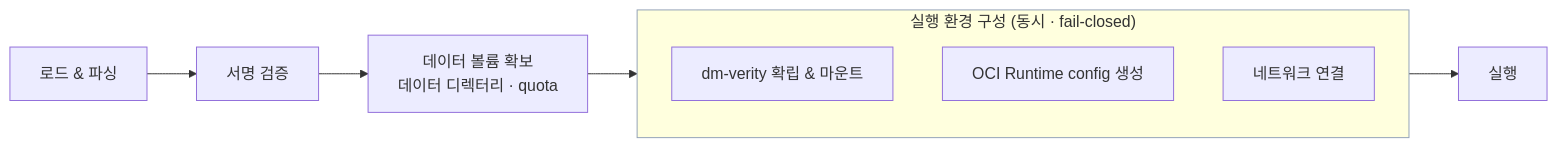
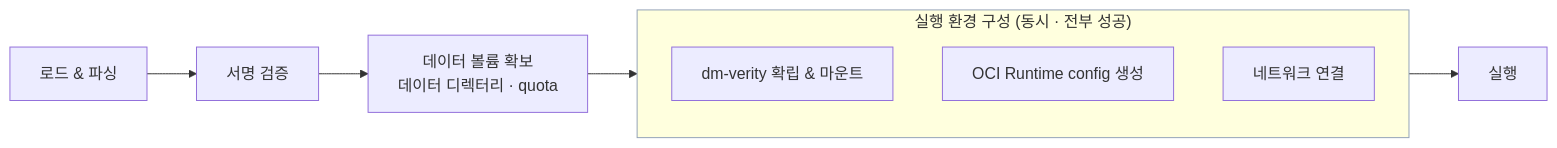
One commit to mobis-oss/ssam changed the second of 3 diagrams in docs/architecture/execution.ko.md. Above: the diagram before and after it, drawn with Mermaid. The commit also changed other lines of this file and 35 other files, not shown here.

````diff
--- a/docs/architecture/execution.ko.md
+++ b/docs/architecture/execution.ko.md
@@ -90,16 +90,16 @@
 ```mermaid
 flowchart LR
   L["로드 &amp; 파싱"] --> V["서명 검증"]
   V --> VOL["데이터 볼륨 확보<br/>데이터 디렉터리 · quota"]
   VOL --> SU
 
-  subgraph SU["실행 환경 구성 (동시 · fail-closed)"]
+  subgraph SU["실행 환경 구성 (동시 · 전부 성공)"]
     direction TB
     M["dm-verity 확립 &amp; 마운트"]
     C["OCI Runtime config 생성"]
     N["네트워크 연결"]
   end
 
   SU --> H["실행"]
   style SU stroke:#94a3b8
 ```
````
